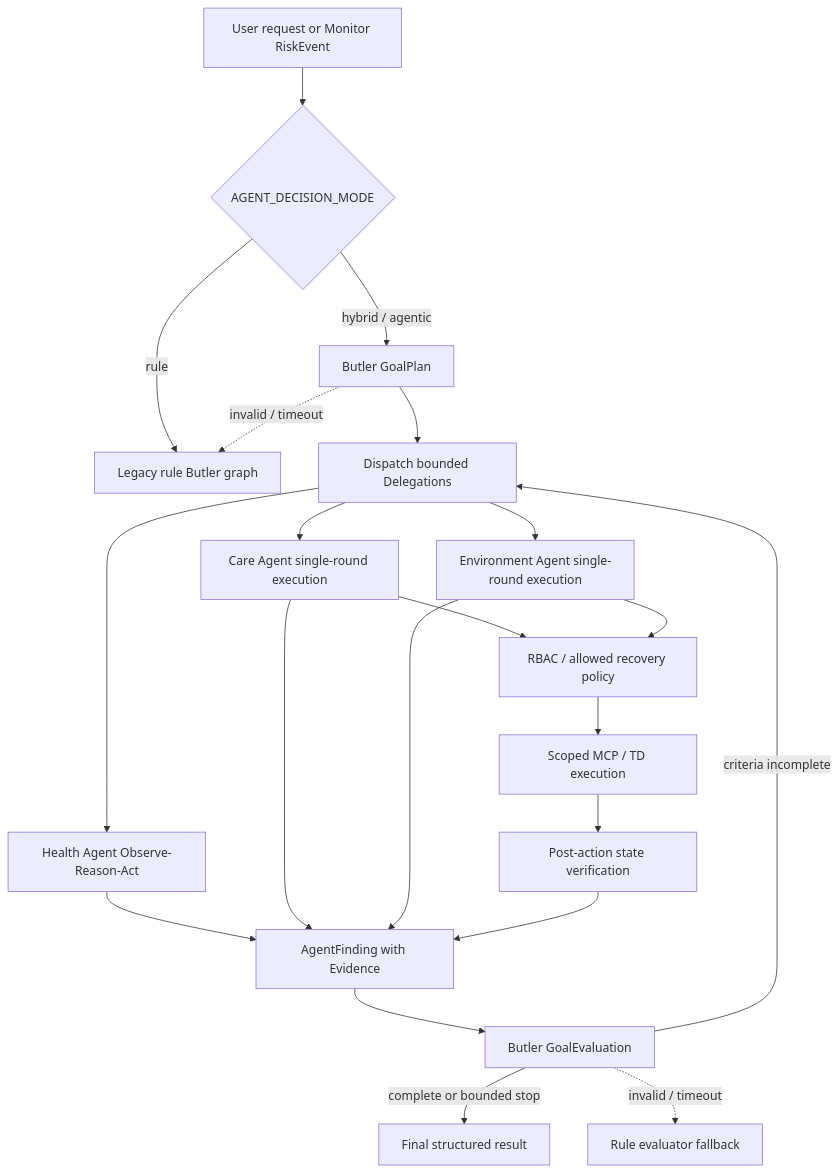
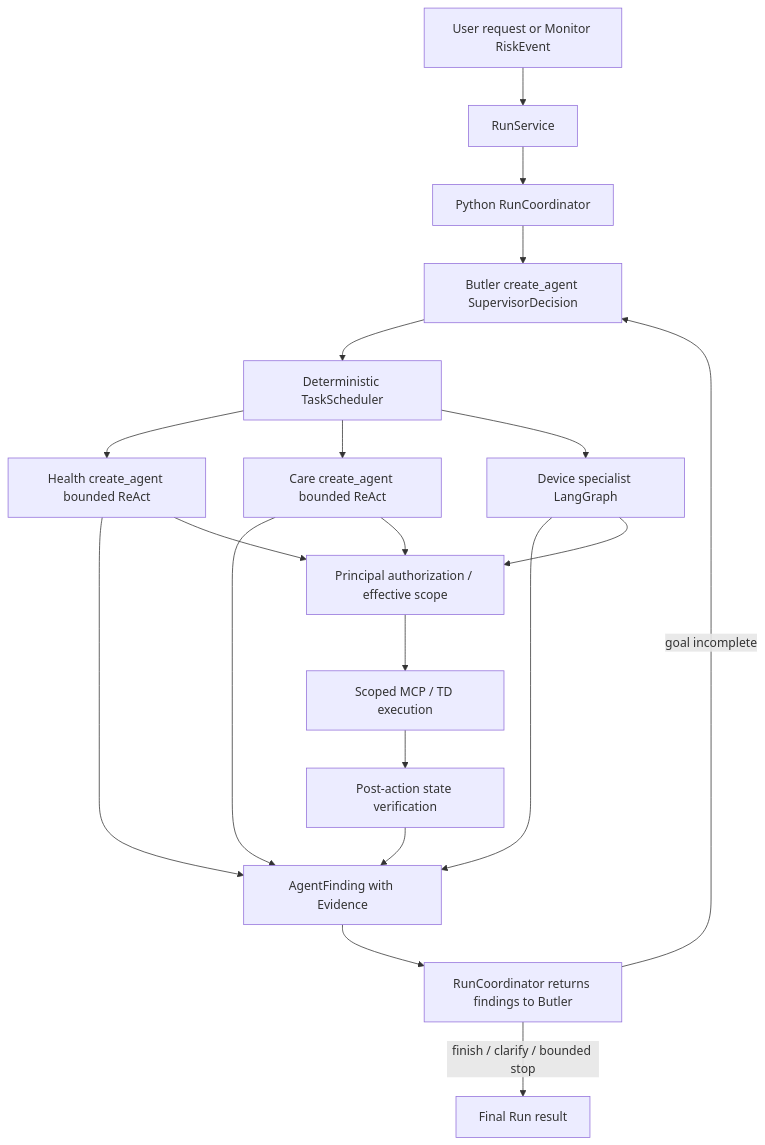
The diagram in doc/WOTAGENT_GOAL_DRIVEN_AGENT_LOOP.md (GoldenGYQ/WoTAgent), drawn with Mermaid before and after one commit. The commit also changed other lines of this file and 12 other files, not shown here.

````diff
--- a/doc/WOTAGENT_GOAL_DRIVEN_AGENT_LOOP.md
+++ b/doc/WOTAGENT_GOAL_DRIVEN_AGENT_LOOP.md
@@ -36,25 +57,23 @@
 ```mermaid
 flowchart TD
-    A["User request or Monitor RiskEvent"] --> B{"AGENT_DECISION_MODE"}
-    B -->|rule| R["Legacy rule Butler graph"]
-    B -->|hybrid / agentic| G["Butler GoalPlan"]
-    G --> D["Dispatch bounded Delegations"]
-    D --> H["Health Agent Observe-Reason-Act"]
-    D --> C["Care Agent single-round execution"]
-    D --> E["Environment Agent single-round execution"]
+    A["User request or Monitor RiskEvent"] --> RS["RunService"]
+    RS --> RC["Python RunCoordinator"]
+    RC --> G["Butler create_agent SupervisorDecision"]
+    G --> S["Deterministic TaskScheduler"]
+    S --> H["Health create_agent bounded ReAct"]
+    S --> C["Care create_agent bounded ReAct"]
+    S --> E["Device specialist LangGraph"]
     H --> F["AgentFinding with Evidence"]
     C --> F
     E --> F
-    F --> V["Butler GoalEvaluation"]
-    V -->|"criteria incomplete"| D
-    V -->|"complete or bounded stop"| O["Final structured result"]
+    F --> V["RunCoordinator returns findings to Butler"]
+    V -->|"goal incomplete"| G
+    V -->|"finish / clarify / bounded stop"| O["Final Run result"]
 
-    C --> P["RBAC / allowed recovery policy"]
+    H --> P["Principal authorization / effective scope"]
+    C --> P
     E --> P
     P --> M["Scoped MCP / TD execution"]
     M --> Q["Post-action state verification"]
     Q --> F
-
-    G -. "invalid / timeout" .-> R
-    V -. "invalid / timeout" .-> RF["Rule evaluator fallback"]
 ```
````
